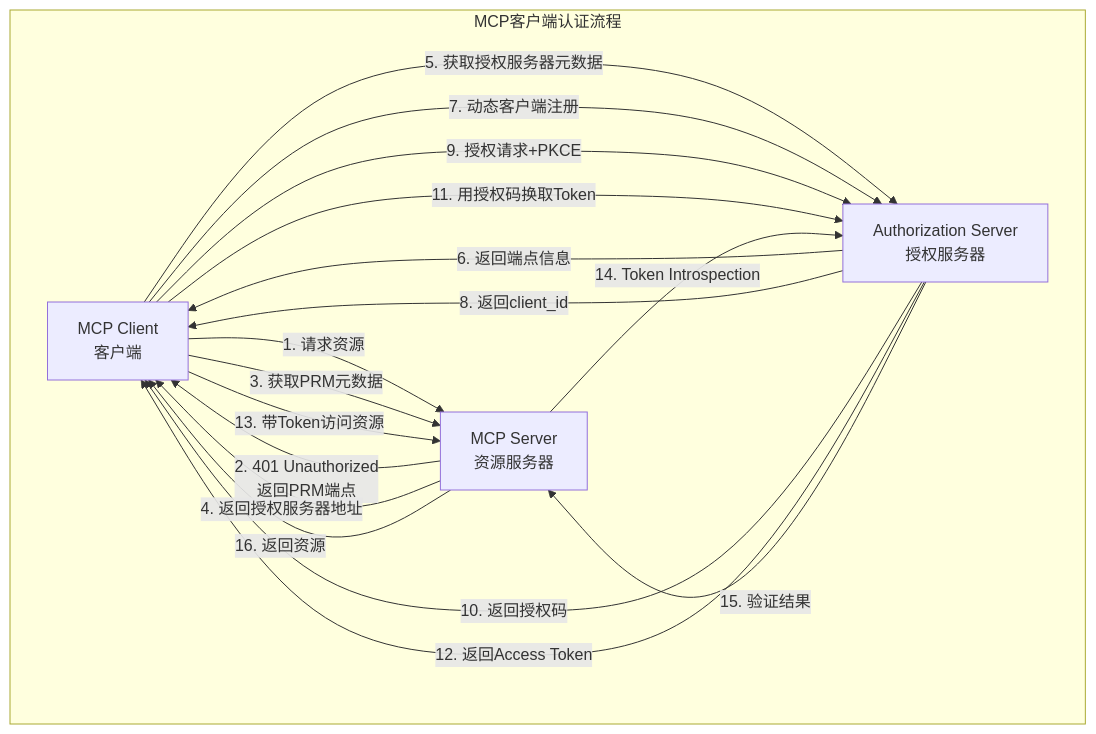
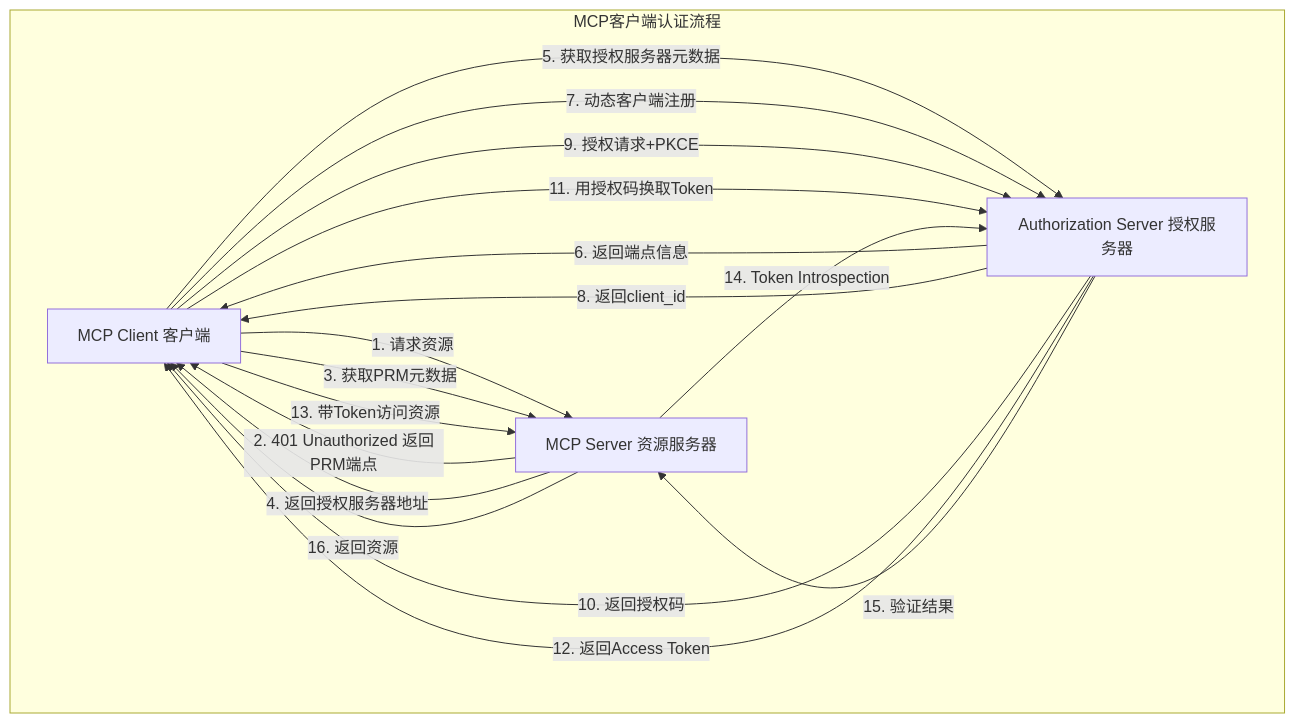
One commit to SilenceDiors/silencediors.github.io changed the second of 6 diagrams in _posts/2025-11-26-mcp-oauth-threat-analysis.md. Above: the diagram before and after it, drawn with Mermaid. The commit also changed other lines of this file and 4 other files, not shown here.

Commit message:
Fix mermaid rendering: unify diagrams to fenced code blocks, robust JS converter

````diff
--- a/_posts/2025-11-26-mcp-oauth-threat-analysis.md
+++ b/_posts/2025-11-26-mcp-oauth-threat-analysis.md
@@ -218,21 +210,21 @@
-<div class="mermaid">
+```mermaid
 graph TB
-    subgraph "MCP客户端认证流程"
-        A[MCP Client<br/>客户端] -->|1. 请求资源| B[MCP Server<br/>资源服务器]
-        B -->|2. 401 Unauthorized<br/>返回PRM端点| A
+    subgraph MCP客户端认证流程
+        A[MCP Client 客户端] -->|1. 请求资源| B[MCP Server 资源服务器]
+        B -->|2. 401 Unauthorized 返回PRM端点| A
         A -->|3. 获取PRM元数据| B
         B -->|4. 返回授权服务器地址| A
-        A -->|5. 获取授权服务器元数据| C[Authorization Server<br/>授权服务器]
+        A -->|5. 获取授权服务器元数据| C[Authorization Server 授权服务器]
         C -->|6. 返回端点信息| A
         A -->|7. 动态客户端注册| C
         C -->|8. 返回client_id| A
         A -->|9. 授权请求+PKCE| C
         C -->|10. 返回授权码| A
         A -->|11. 用授权码换取Token| C
         C -->|12. 返回Access Token| A
         A -->|13. 带Token访问资源| B
         B -->|14. Token Introspection| C
         C -->|15. 验证结果| B
         B -->|16. 返回资源| A
     end
-</div>
+```
````
